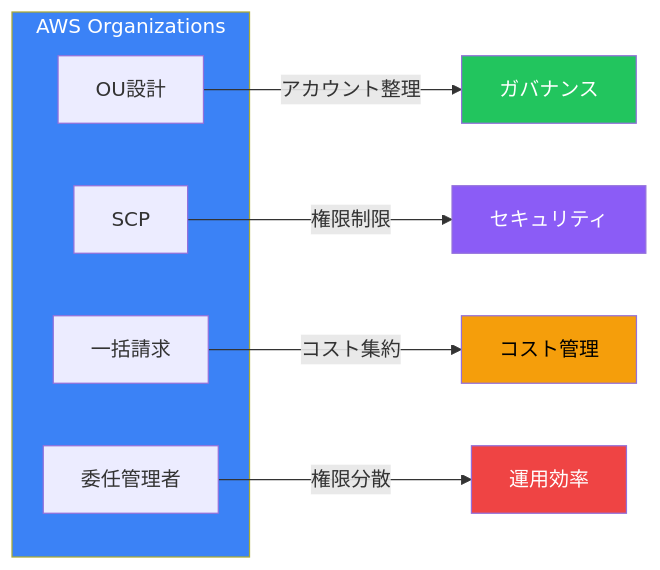
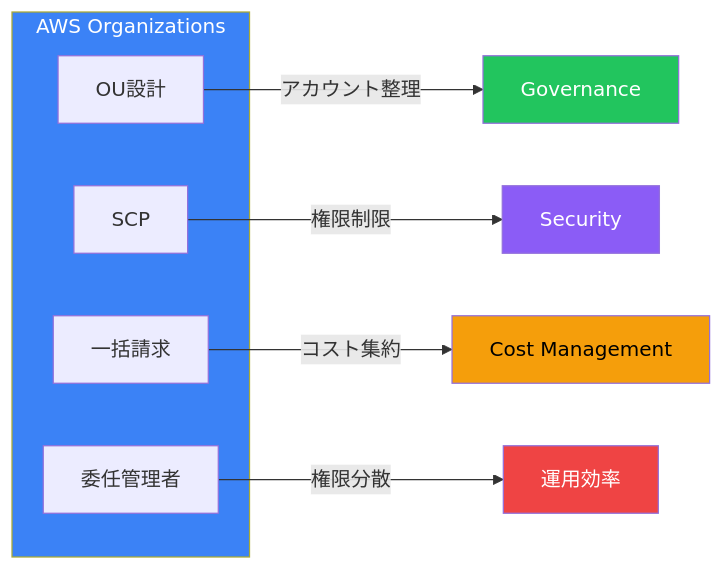
The seventh of 7 diagrams in content/blog/ja/aws-organizations.md (shunkus/shunku.net), drawn with Mermaid before and after one commit. The commit also changed other lines of this file and 56 other files, not shown here.

````diff
--- a/content/blog/ja/aws-organizations.md
+++ b/content/blog/ja/aws-organizations.md
@@ -434,20 +434,20 @@
 ```mermaid
 flowchart LR
     subgraph Organizations["AWS Organizations"]
         OU["OU設計"]
         SCP["SCP"]
         Billing["一括請求"]
         Delegate["委任管理者"]
     end
 
-    OU --> |"アカウント整理"| Governance["ガバナンス"]
-    SCP --> |"権限制限"| Security["セキュリティ"]
-    Billing --> |"コスト集約"| Cost["コスト管理"]
+    OU --> |"アカウント整理"| Governance["Governance"]
+    SCP --> |"権限制限"| Security["Security"]
+    Billing --> |"コスト集約"| Cost["Cost Management"]
     Delegate --> |"権限分散"| Operations["運用効率"]
 
     style Organizations fill:#3b82f6,color:#fff
     style Governance fill:#22c55e,color:#fff
     style Security fill:#8b5cf6,color:#fff
     style Cost fill:#f59e0b,color:#000
     style Operations fill:#ef4444,color:#fff
 ```
````
